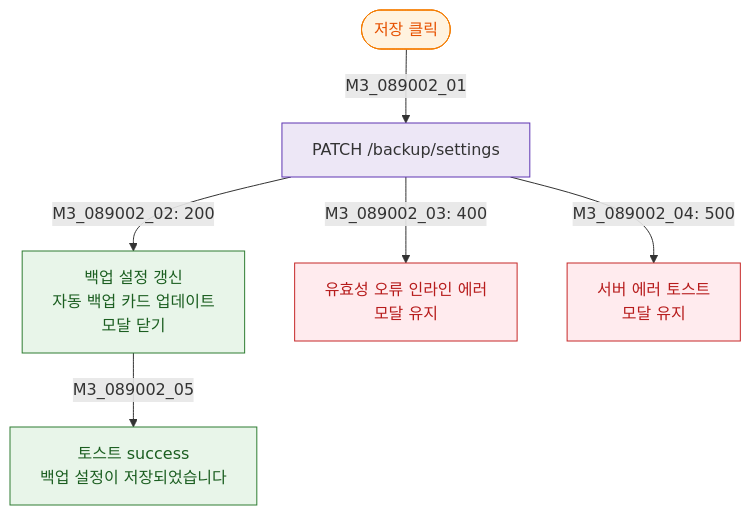
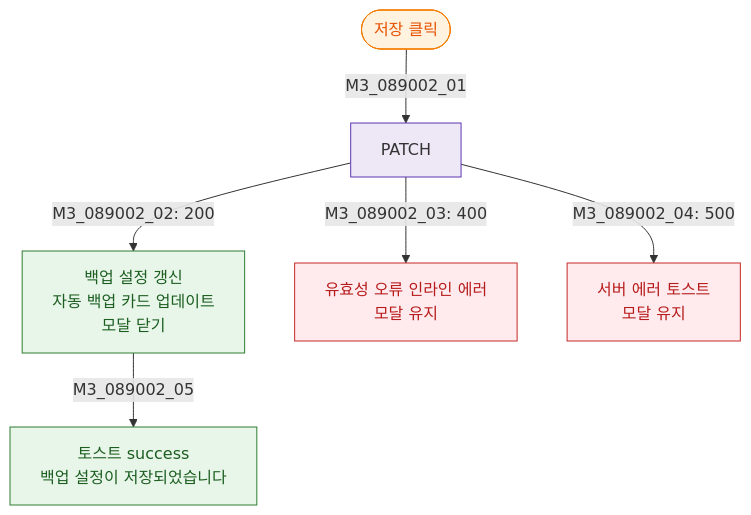
The diagram in docs/다이어그램/D09_설정관리/DLG/DLG-089-002_백업설정/M3_결과분기.md (dev-spogym/admin-pando), drawn with Mermaid before and after one commit. The commit also changed other lines of this file and 1660 other files, not shown here.

First line of the commit message:
다이어그램: 기획자/클라이언트 납품본으로 정리

````diff
--- a/docs/다이어그램/D09_설정관리/DLG/DLG-089-002_백업설정/M3_결과분기.md
+++ b/docs/다이어그램/D09_설정관리/DLG/DLG-089-002_백업설정/M3_결과분기.md
@@ -14,18 +12,18 @@
 ```mermaid
 flowchart TD
-    Action([저장 클릭]) -->|M3_089002_01| ACT_Save[PATCH /backup/settings]
-    ACT_Save -->|"M3_089002_02: 200"| SaveOK[백업 설정 갱신\n자동 백업 카드 업데이트\n모달 닫기]
-    ACT_Save -->|"M3_089002_03: 400"| E_Validation[유효성 오류 인라인 에러\n모달 유지]
-    ACT_Save -->|"M3_089002_04: 500"| E_Server[서버 에러 토스트\n모달 유지]
+    Action([저장 클릭]) -->|M3_089002_01|ACT_Save[PATCH]
+    ACT_Save -->|"M3_089002_02: 200"|SaveOK[백업 설정 갱신\n자동 백업 카드 업데이트\n모달 닫기]
+    ACT_Save -->|"M3_089002_03: 400"|E_Validation[유효성 오류 인라인 에러\n모달 유지]
+    ACT_Save -->|"M3_089002_04: 500"|E_Server[서버 에러 토스트\n모달 유지]
 
-    SaveOK -->|M3_089002_05| T_SaveOK[토스트 success\n백업 설정이 저장되었습니다]
+    SaveOK -->|M3_089002_05|T_SaveOK[토스트 success\n백업 설정이 저장되었습니다]
 
     classDef modal fill:#FFF3E0,stroke:#F57C00,color:#E65100
     classDef success fill:#E8F5E9,stroke:#2E7D32,color:#1B5E20
     classDef error fill:#FFEBEE,stroke:#C62828,color:#B71C1C
     classDef system fill:#EDE7F6,stroke:#5E35B2
     class Action modal
     class SaveOK,T_SaveOK success
     class E_Validation,E_Server error
     class ACT_Save system
 ```
````
